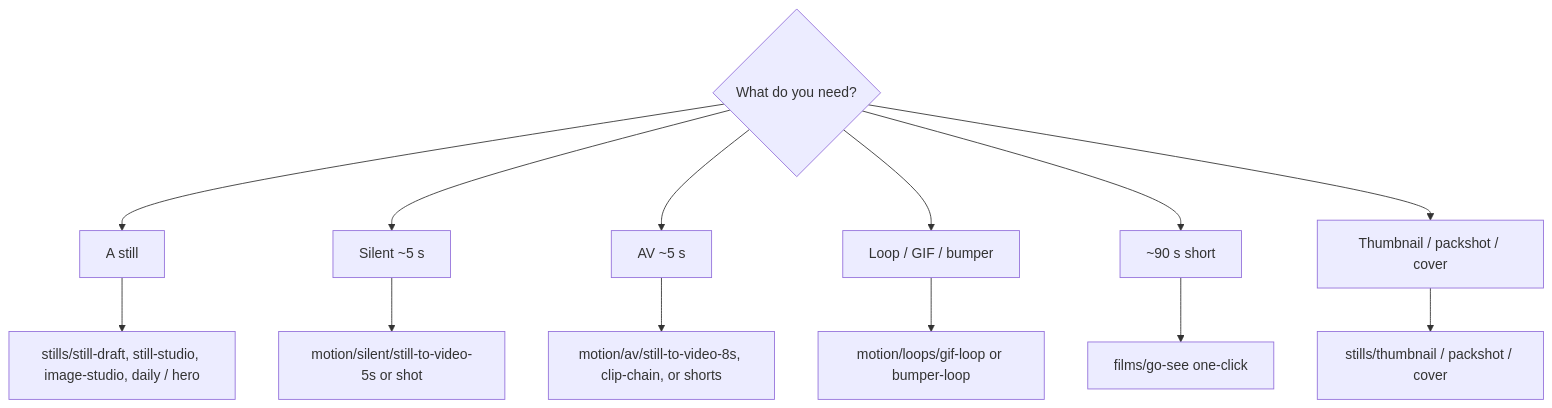
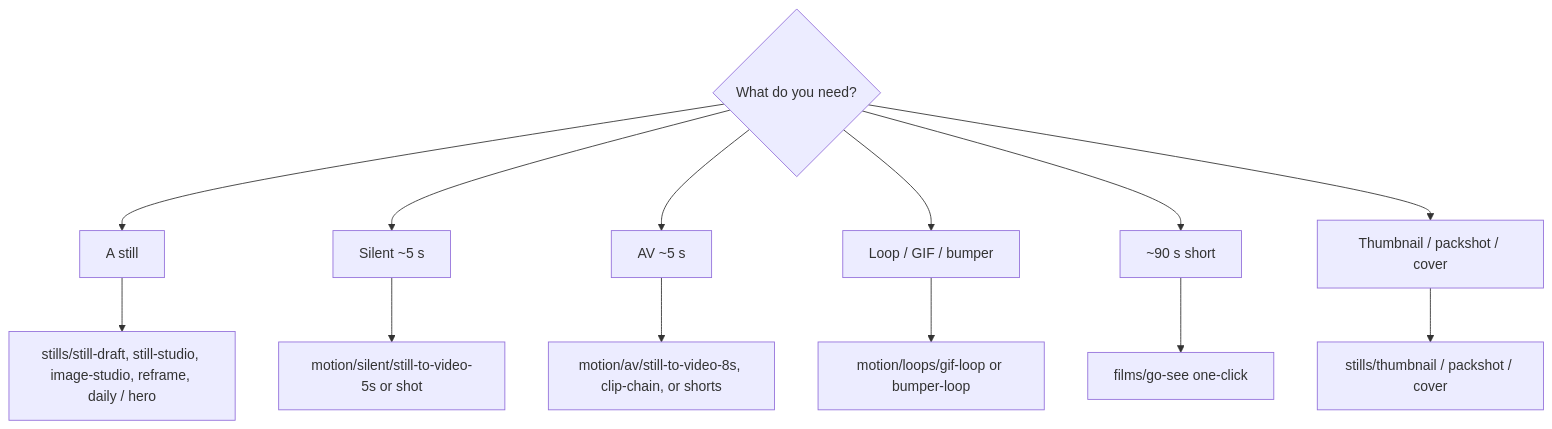
The diagram in docs/studio-workflows.mdx (toxicoder/ez-comfy-stack), drawn with Mermaid before and after one commit. The commit also changed other lines of this file and 10 other files, not shown here.

````diff
--- a/docs/studio-workflows.mdx
+++ b/docs/studio-workflows.mdx
@@ -53,15 +53,15 @@
 ```mermaid
 flowchart TB
   Need{"What do you need?"} --> Still["A still"]
   Need --> Motion["Silent ~5 s"]
   Need --> AV["AV ~5 s"]
   Need --> Loop["Loop / GIF / bumper"]
   Need --> Film["~90 s short"]
   Need --> Plate["Thumbnail / packshot / cover"]
-  Still --> K["stills/still-draft, still-studio, image-studio, daily / hero"]
+  Still --> K["stills/still-draft, still-studio, image-studio, reframe, daily / hero"]
   Motion --> W["motion/silent/still-to-video-5s or shot"]
   AV --> L["motion/av/still-to-video-8s, clip-chain, or shorts"]
   Loop --> G["motion/loops/gif-loop or bumper-loop"]
   Film --> F["films/go-see one-click"]
   Plate --> C["stills/thumbnail / packshot / cover"]
 ```
````
